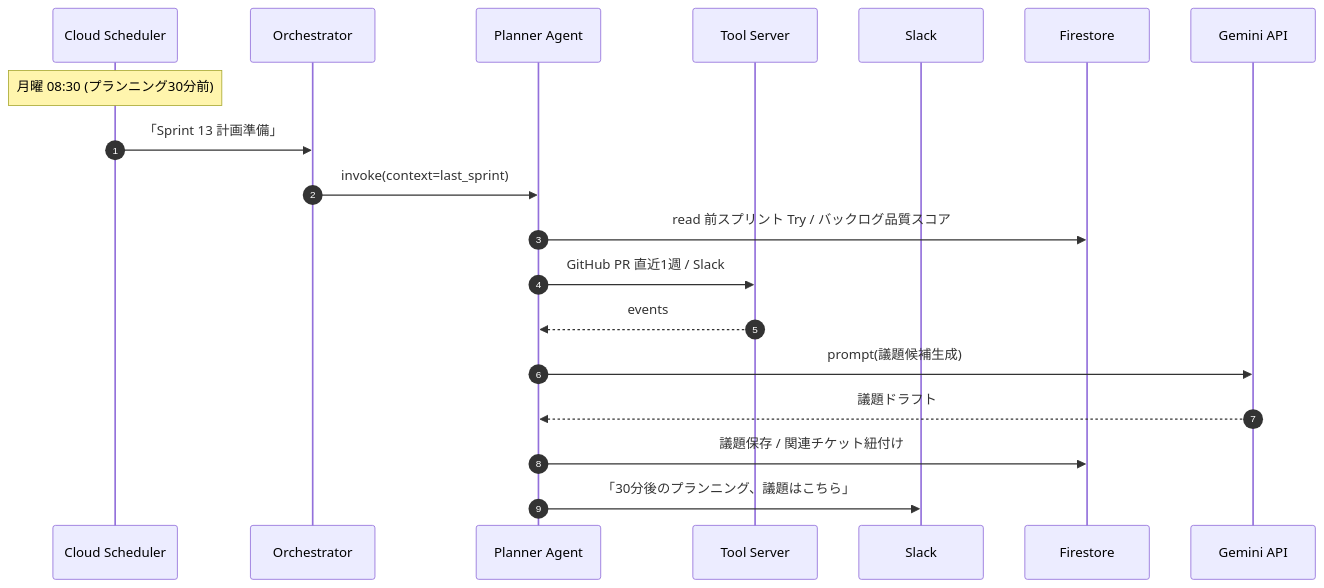
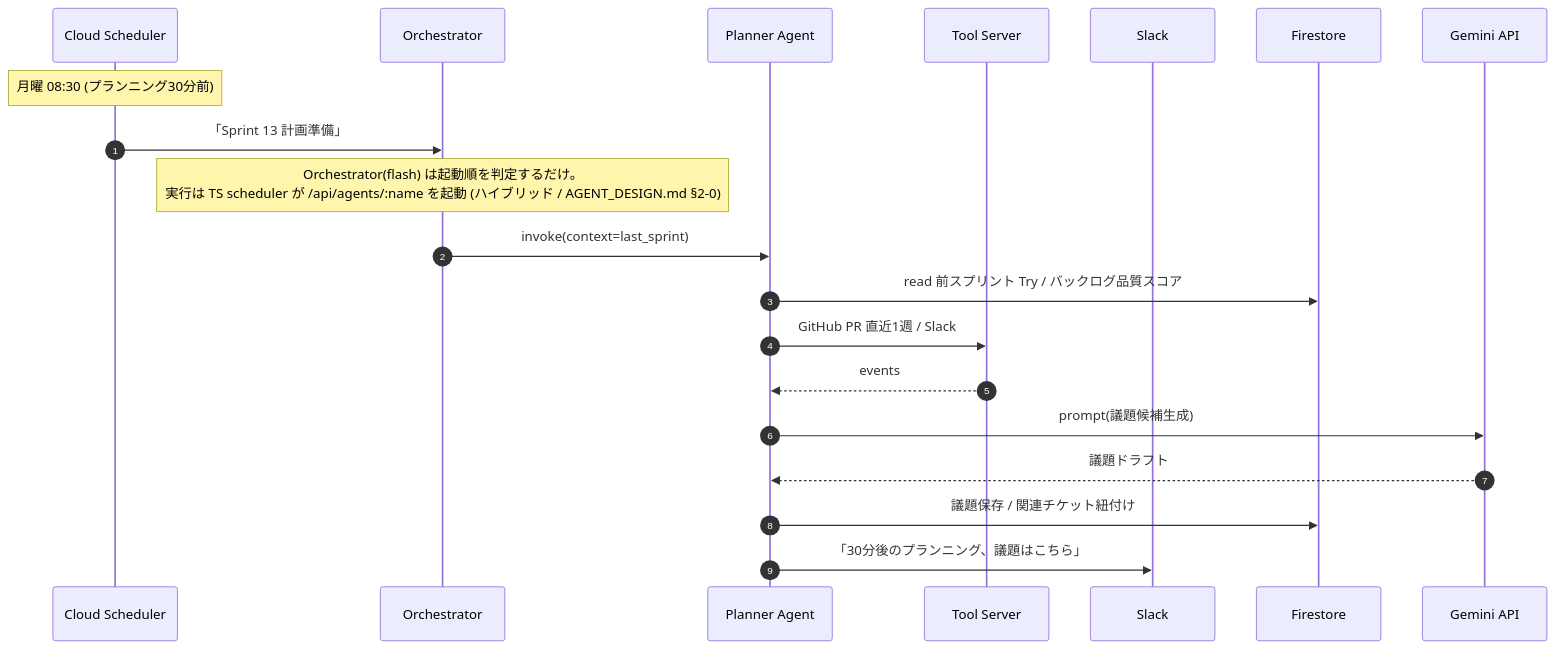
Before and after one commit to KaedeAatou/belvedere: the second of 2 diagrams in ARCHITECTURE.md, drawn with Mermaid. The commit also changed other lines of this file and 1 other file, not shown here.

First line of the commit message:
[update]Agent 設計を Gemini 接続フェーズの実態に補正し要件マトリクスを追記

````diff
--- a/ARCHITECTURE.md
+++ b/ARCHITECTURE.md
@@ -192,22 +193,23 @@
 ```mermaid
 sequenceDiagram
     autonumber
     participant Sched as Cloud Scheduler
     participant Orc as Orchestrator
     participant Pl as Planner Agent
     participant Tool as Tool Server
     participant Slack
     participant FS as Firestore
     participant Gem as Gemini API
 
     Note over Sched: 月曜 08:30 (プランニング30分前)
     Sched->>Orc: 「Sprint 13 計画準備」
+    Note over Orc: Orchestrator(flash) は起動順を判定するだけ。<br/>実行は TS scheduler が /api/agents/:name を起動 (ハイブリッド / AGENT_DESIGN.md §2-0)
     Orc->>Pl: invoke(context=last_sprint)
     Pl->>FS: read 前スプリント Try / バックログ品質スコア
     Pl->>Tool: GitHub PR 直近1週 / Slack #voc
     Tool-->>Pl: events
     Pl->>Gem: prompt(議題候補生成)
     Gem-->>Pl: 議題ドラフト
     Pl->>FS: 議題保存 / 関連チケット紐付け
     Pl->>Slack: 「30分後のプランニング、議題はこちら」
 ```
````
